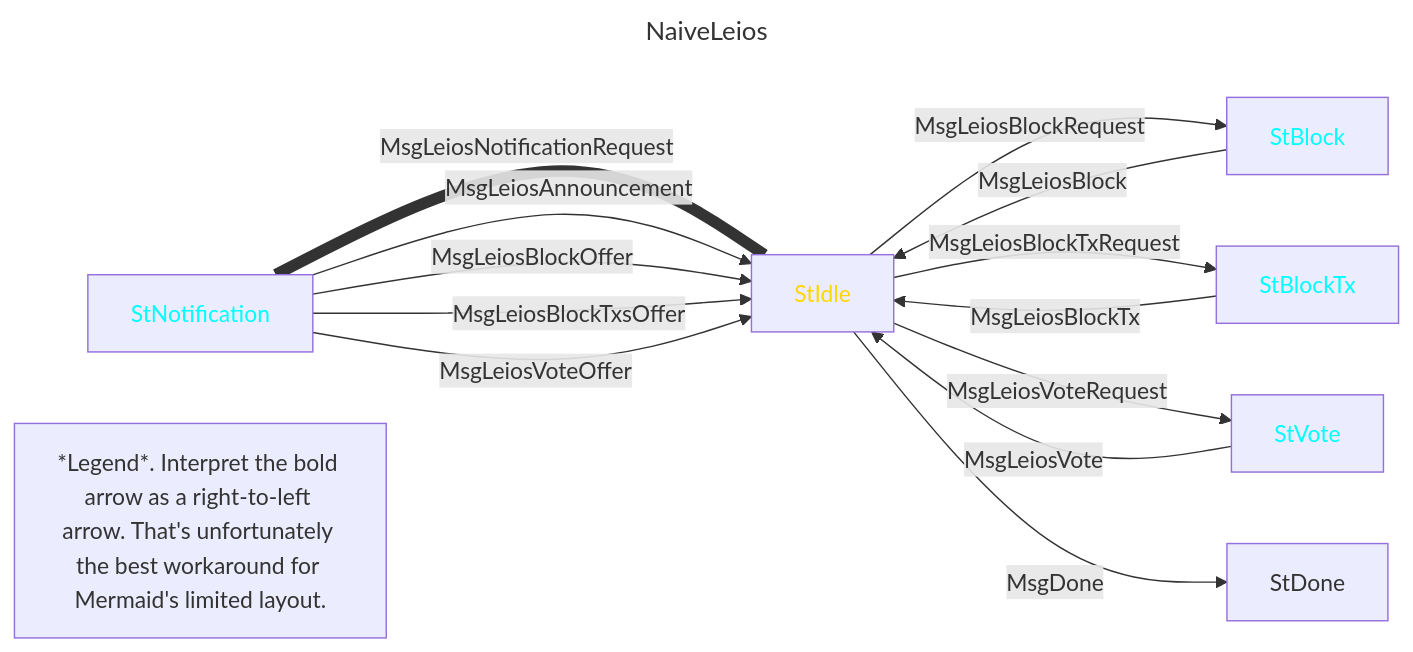
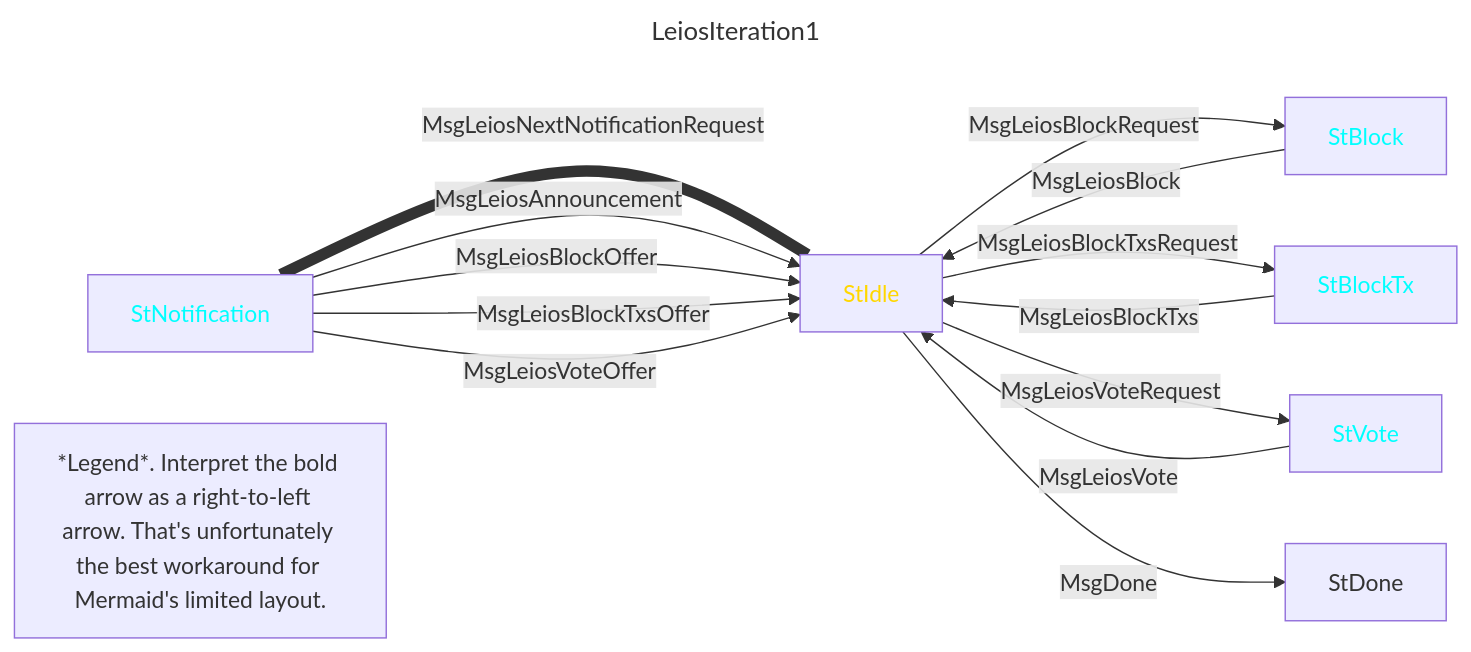
Before and after one commit to input-output-hk/ouroboros-leios: the first of 9 diagrams in NewLinearLeiosMiniProtocols.md, drawn with Mermaid. The commit also changed other lines of this file, not shown here.

````diff
--- a/NewLinearLeiosMiniProtocols.md
+++ b/NewLinearLeiosMiniProtocols.md
@@ -6,26 +56,26 @@
 ```mermaid
 ---
-title: NaiveLeios
+title: LeiosIteration1
 ---
 graph LR
    style StIdle color:gold;
    style StNotification color:cyan;
    style StBlock color:cyan;
    style StBlockTx color:cyan;
    style StVote color:cyan;
-  
+
    Note[*Legend*. Interpret the bold arrow as a right-to-left arrow. That's unfortunately the best workaround for Mermaid's limited layout.]
 
-   StNotification ---|MsgLeiosNotificationRequest| StIdle
+   StNotification ---|MsgLeiosNextNotificationRequest| StIdle
    linkStyle 0 stroke-width:8;
 
    StNotification -->|MsgLeiosAnnouncement| StIdle
    StNotification -->|MsgLeiosBlockOffer| StIdle
    StNotification -->|MsgLeiosBlockTxsOffer| StIdle
    StNotification -->|MsgLeiosVoteOffer| StIdle
 
    StIdle -->|MsgLeiosBlockRequest| StBlock -->|MsgLeiosBlock| StIdle
-   StIdle -->|MsgLeiosBlockTxRequest| StBlockTx -->|MsgLeiosBlockTx| StIdle
+   StIdle -->|MsgLeiosBlockTxsRequest| StBlockTx -->|MsgLeiosBlockTxs| StIdle
    StIdle -->|MsgLeiosVoteRequest| StVote -->|MsgLeiosVote| StIdle
    StIdle -->|MsgDone| StDone
 ```
````
